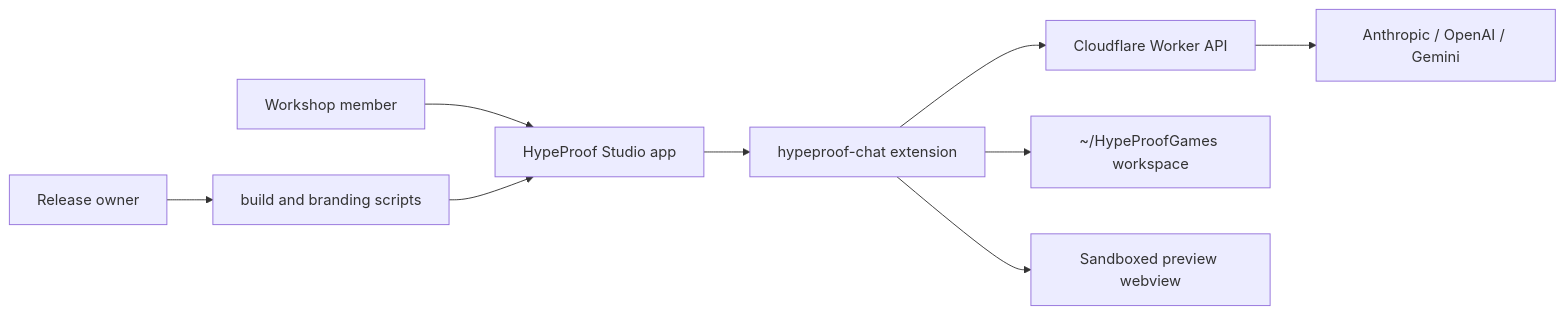
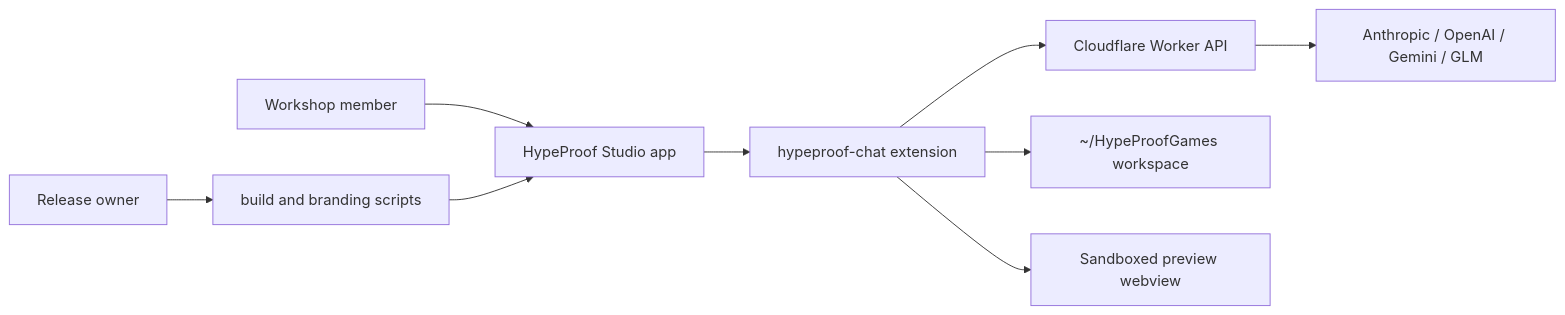
Before and after one commit to jayleekr/hypeproof-studio: the diagram in docs/dev/01-architecture.md, drawn with Mermaid. The commit also changed 16 other files, not shown here.

````diff
--- a/docs/dev/01-architecture.md
+++ b/docs/dev/01-architecture.md
@@ -30,11 +30,11 @@
 ```mermaid
 flowchart LR
   Member["Workshop member"] --> App["HypeProof Studio app"]
   App --> Ext["hypeproof-chat extension"]
   Ext --> Worker["Cloudflare Worker API"]
-  Worker --> Models["Anthropic / OpenAI / Gemini"]
+  Worker --> Models["Anthropic / OpenAI / Gemini / GLM"]
   Ext --> Workspace["~/HypeProofGames workspace"]
   Ext --> Preview["Sandboxed preview webview"]
   Maintainer["Release owner"] --> Scripts["build and branding scripts"]
   Scripts --> App
 ```
````
